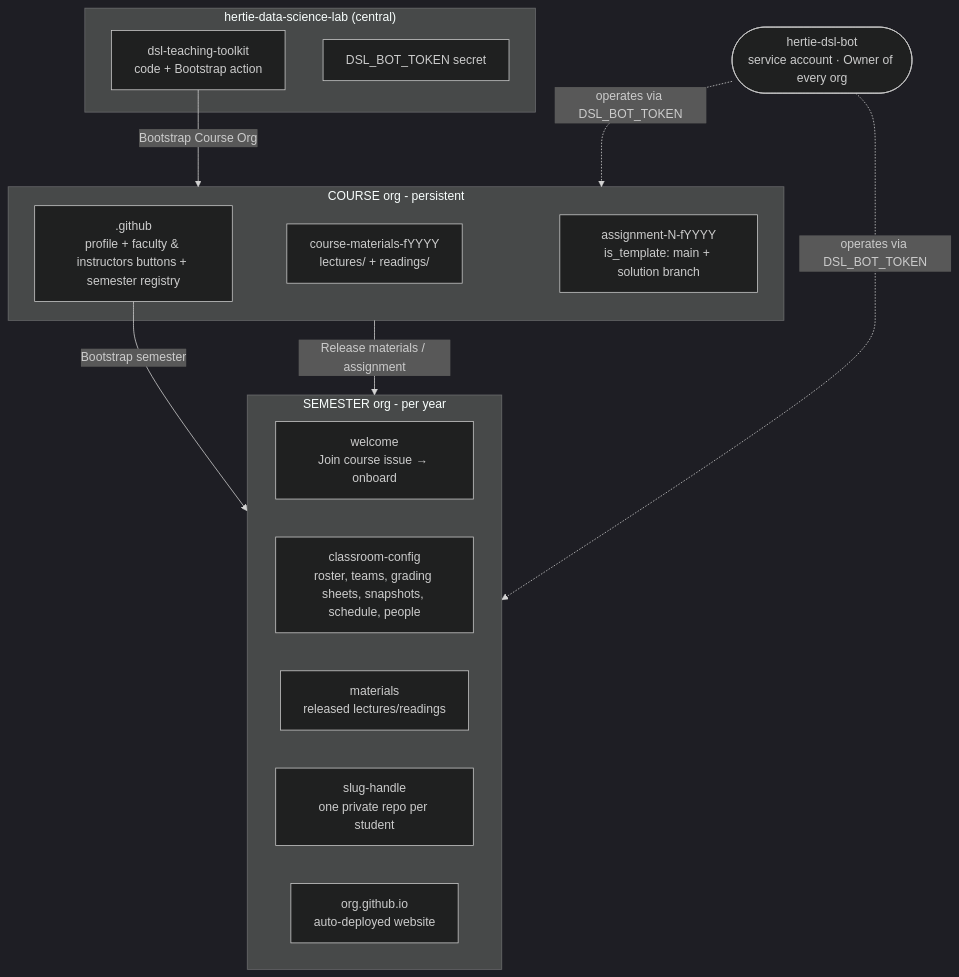
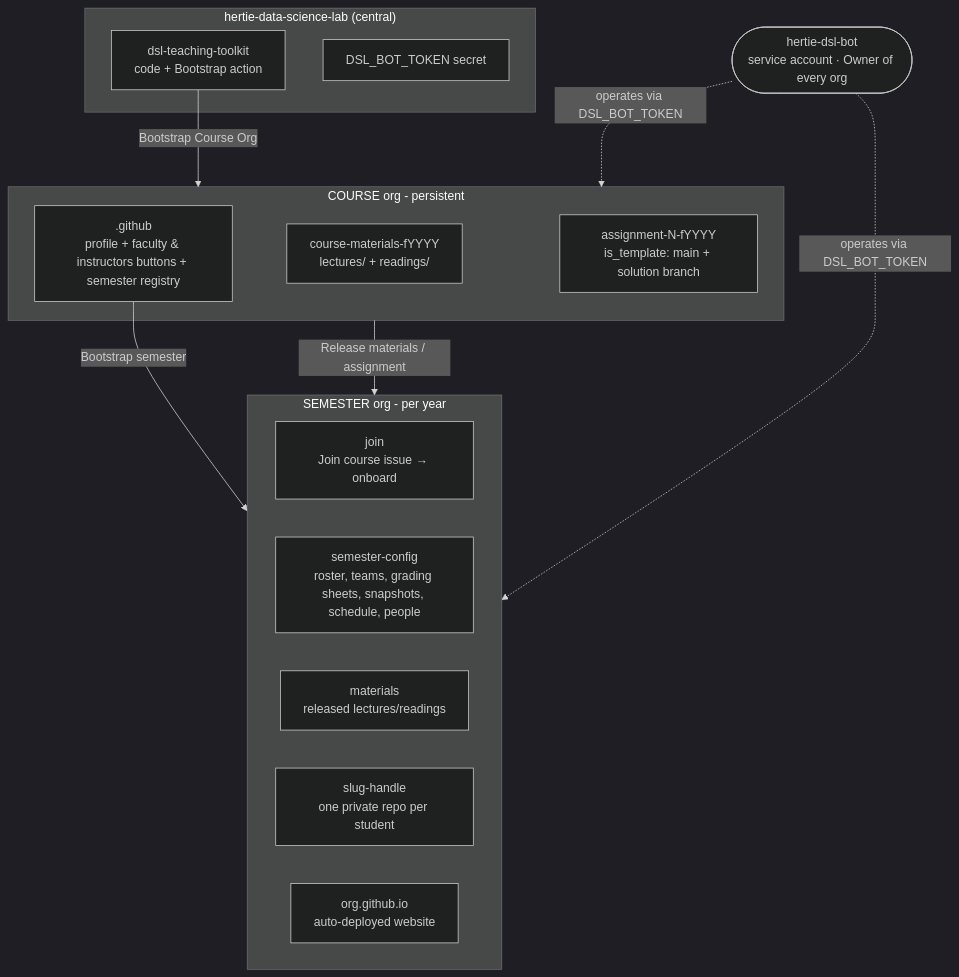
The first of 10 diagrams in docs-admin-arch/architecture.md (hertie-data-science-lab/dsl-teaching-toolkit), drawn with Mermaid (dark theme) before and after one commit. The commit also changed other lines of this file and 160 other files, not shown here.

First line of the commit message:
refactor(engine): semester-config, join, .system/ layout and the migration tool

````diff
--- a/docs-admin-arch/architecture.md
+++ b/docs-admin-arch/architecture.md
@@ -34,35 +34,35 @@
 ```mermaid
 flowchart TB
   subgraph central["hertie-data-science-lab (central)"]
     repo["`dsl-teaching-toolkit
 code + Bootstrap action`"]
     sec["DSL_BOT_TOKEN secret"]
   end
   bot(["`hertie-dsl-bot
 service account · Owner of every org`"])
   subgraph course["COURSE org - persistent"]
     cg["`.github
 profile + faculty & instructors buttons + semester registry`"]
     mat["`course-materials-fYYYY
 lectures/ + readings/`"]
     asg["`assignment-N-fYYYY
 is_template: main + solution branch`"]
   end
   subgraph semester["SEMESTER org - per year"]
-    wel["`welcome
+    wel["`join
 Join course issue → onboard`"]
-    ros["`classroom-config
+    ros["`semester-config
 roster, teams, grading sheets, snapshots, schedule, people`"]
     cmat["`materials
 released lectures/readings`"]
     stu["`slug-handle
 one private repo per student`"]
     site["`org.github.io
 auto-deployed website`"]
   end
   repo -->|"Bootstrap Course Org"| course
   cg -->|"Bootstrap semester"| semester
   course -->|"Release materials / assignment"| semester
   bot -.->|"operates via DSL_BOT_TOKEN"| course
   bot -.->|"operates via DSL_BOT_TOKEN"| semester
 ```
````
